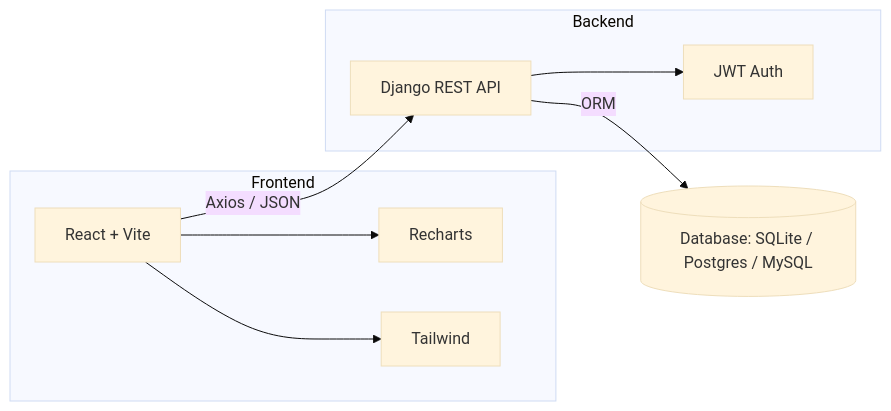
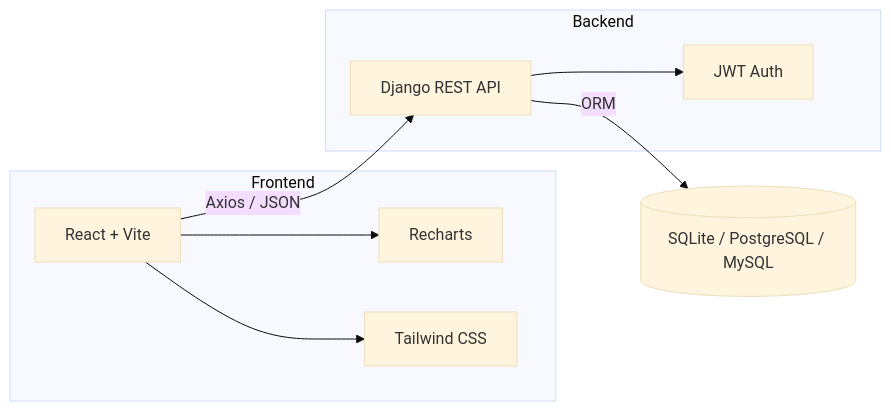
One commit to Chintucharan/expense-tracker-fullstack changed the diagram in README.md. Above: the diagram before and after it, drawn with Mermaid (base theme). The commit also changed other lines of this file, not shown here.

````diff
--- a/README.md
+++ b/README.md
@@ -117,21 +94,21 @@
 ```mermaid
 flowchart LR
   subgraph Frontend
     A[React + Vite]
     D[Recharts]
-    E[Tailwind]
+    E[Tailwind CSS]
   end
 
   subgraph Backend
     B[Django REST API]
     F[JWT Auth]
   end
 
-  C[(Database: SQLite / Postgres / MySQL)]
+  C[(SQLite / PostgreSQL / MySQL)]
 
   A -->|Axios / JSON| B
   B -->|ORM| C
   A --> D
   A --> E
   B --> F
 ```
````
